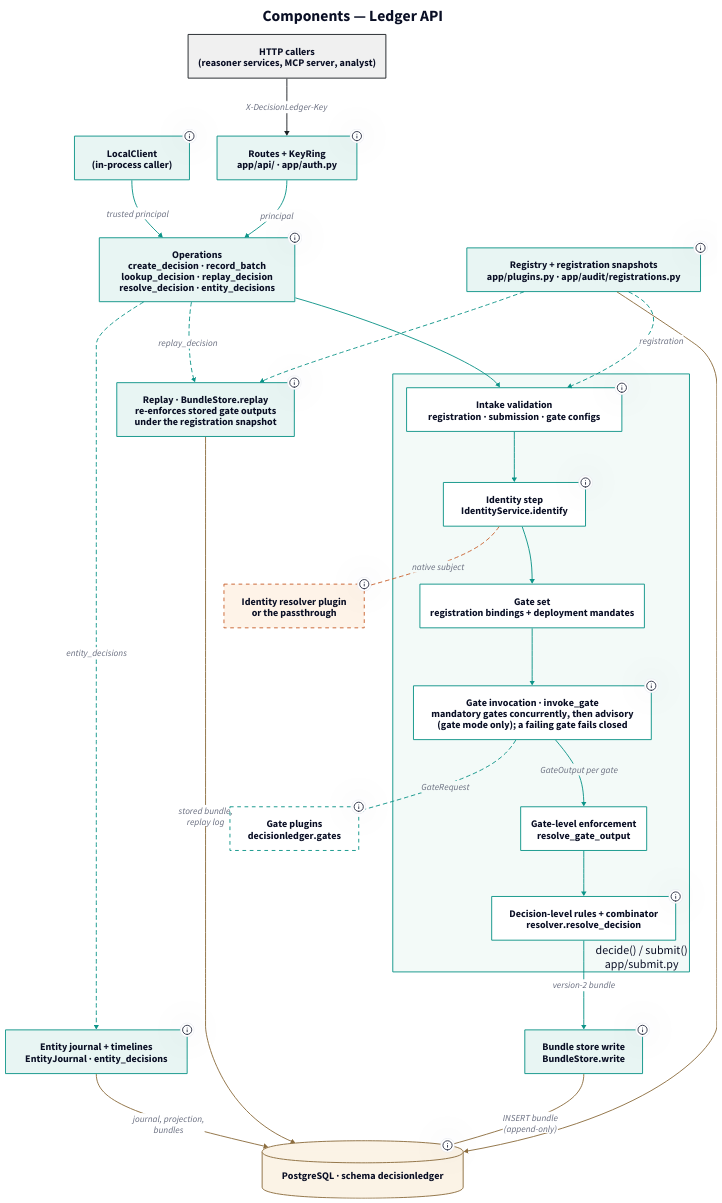
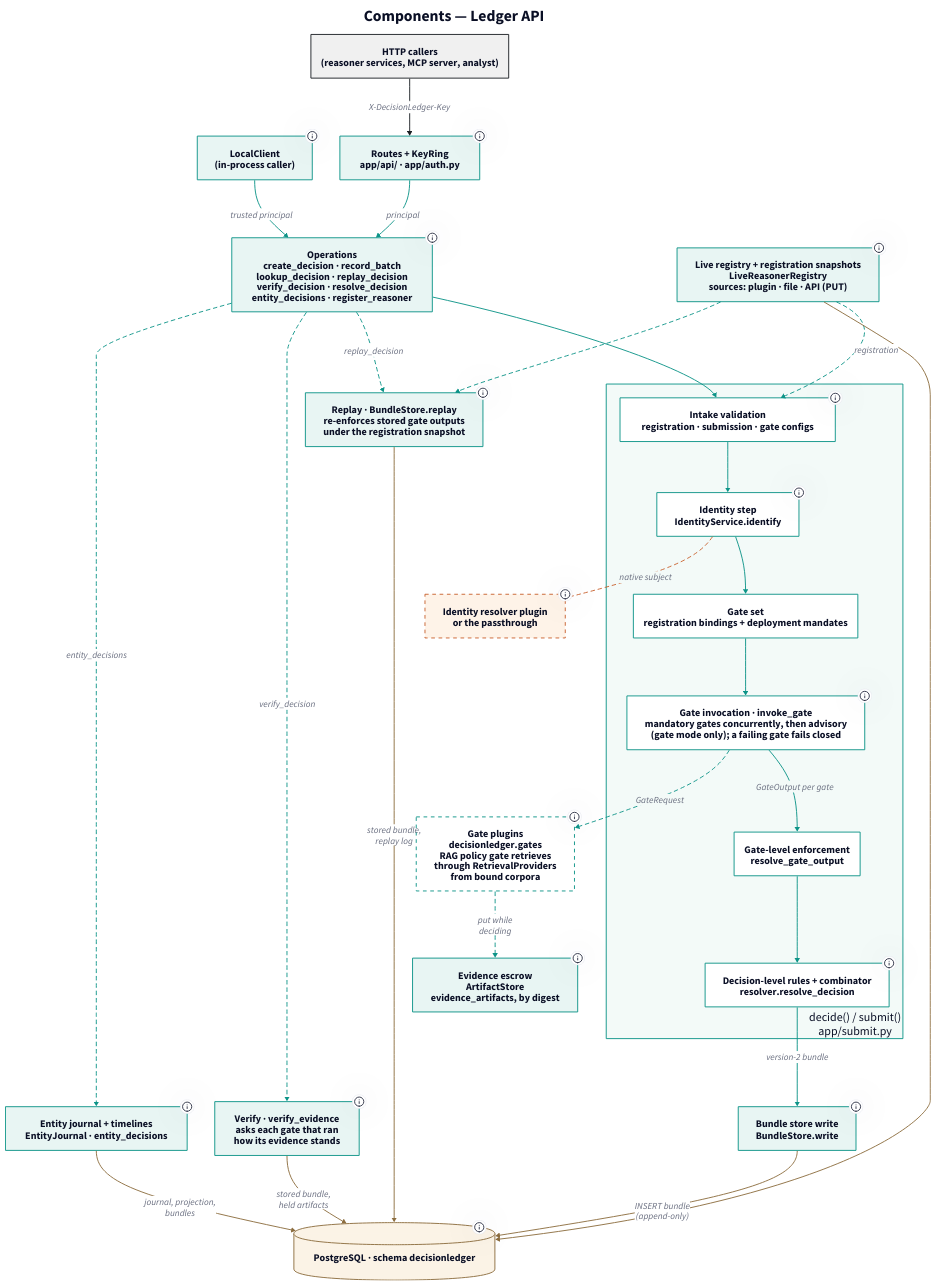
The diagram in docs/design/diagrams/components.d2 (charleskelley/decision-ledger), drawn with D2 before and after one commit. The commit also changed 2 other files, not shown here.

Commit message:
docs: the components diagram shows the registration sources and escrow
components.d2: the registry box names the three registration sources
(plugin, file, and API) and the live registry; the operations box gains
verify_decision and register_reasoner; the gate plugins box names the RAG
policy gate's provider seam (it retrieves through RetrievalProviders from
bound corpora), gate code rather than framework; the evidence escrow sits
under the gate plugins that put into it, and verify is a side path beside
replay that reads the stored bundle and the escrow's held artifacts; the
Postgres tooltip lists all eight tables. Rendered with just diagrams; the
canvas is wider (about 2,200px), and the source says so. The architecture
page follows: its alt text describes the diagram, its container paragraph
builds the live registry from the three sources, its component paragraph
adds register_reasoner, its Gate seam row adds binding admission, and its
tree no longer calls every reasoner member a domain.

```diff
--- a/docs/design/diagrams/components.d2
+++ b/docs/design/diagrams/components.d2
@@ -10,17 +10,28 @@
 # intake validation → the identity step → the gate set → gate invocation
 # (mandatory gates concurrently, then advisory ones) → gate-level enforcement
 # → the decision-level rules and the combinator → the bundle store write.
-# Side paths: replay re-enforces a bundle's stored gate outputs under its
-# registration snapshot and logs the outcome to replay_logs; the registry
-# snapshots every registration version; the entity journal and the timeline
-# query serve a subject's decisions.
+# Side paths: the live registry serves the registrations of three sources
+# (the reasoner plugins, the registration file, and the operator's PUT,
+# which the register_reasoner operation admits and writes) and snapshots
+# every version; replay re-enforces a bundle's stored gate outputs under its
+# registration snapshot and logs the outcome to replay_logs; verify asks
+# each gate that ran how its evidence references stand, beside a check of
+# which artifacts the evidence escrow holds, and decides nothing again; the
+# escrow keeps the content the gates relied on, which they put through the
+# framework's store while they decide (each gate plugin receives the store
+# when it is built); the entity journal and the timeline query serve a
+# subject's decisions.
 # Teal components are framework code; dashed ones are plugins the framework
-# loads but does not implement (gate plugins, the identity resolver).
+# loads but does not implement (gate plugins, the identity resolver). The
+# gate plugins box also names the RAG policy gate's provider seam, the
+# gate's own code, which the framework never sees: the gate retrieves
+# through a RetrievalProvider from each corpus a reasoner's binding names.
 #
 # Render:  d2 --theme 0 components.d2 ../../assets/diagrams/components.svg
 #          (uses dagre — see justfile for the special-case)
 # Ref:     docs/design/architecture.md, docs/design/pipeline.md,
-#          docs/design/identity.md
+#          docs/design/identity.md, docs/design/registration.md,
+#          docs/design/gates/policy/providers.md
 ###############################################################################
 
 title: Components — Ledger API {
@@ -37,15 +48,17 @@
 #   Framework        fill #e8f5f3 / stroke #0d9488  (teal)
 #   Decision steps   fill #ffffff / stroke #0d9488  (teal outline, in the
 #                    decide/submit container)
-#   Gate plugin      fill #ffffff / stroke #0d9488, dashed
+#   Gate plugin      fill #ffffff / stroke #0d9488, dashed  (its label also
+#                    names the RAG policy gate's provider seam, gate code)
 #   Identity         fill #fef3e8 / stroke #c9622e, dashed  (burnt orange:
 #                    the enterprise's resolver plugin or the passthrough)
 #   Datastore        fill #fbf3e6 / stroke #8c6d3f  (ochre)
 #   Caller           fill #f0f0f0 / stroke #1c2024  (neutral)
 ###############################################################################
 
-# Node text 22px and edge text 20px keep the labels legible at the docs
-# column width
+# Node text 22px and edge text 20px. The canvas (about 2,200px since the
+# registry's sources, verify, and the escrow joined it) is wider than the
+# docs column, which scales it down: open the SVG to read it at full size
 classes: {
   caller: {style: {fill: "#f0f0f0"; stroke: "#1c2024"; stroke-width: 2; font-size: 22}}
   framework: {style: {fill: "#e8f5f3"; stroke: "#0d9488"; stroke-width: 2; font-size: 22}}
@@ -57,6 +70,7 @@
   flow: {style: {stroke: "#0d9488"; stroke-width: 2; font-size: 20}}
   side: {style: {stroke: "#0d9488"; stroke-dash: 4; font-size: 20}}
   to-plugin: {style: {stroke: "#0d9488"; stroke-dash: 4; font-size: 20}}
+  from-plugin: {style: {stroke: "#0d9488"; stroke-dash: 4; font-size: 20}}
   to-identity: {style: {stroke: "#c9622e"; stroke-dash: 4; font-size: 20}}
   to-store: {style: {stroke: "#8c6d3f"; font-size: 20}}
   from-caller: {style: {stroke: "#1c2024"; font-size: 20}}
@@ -80,9 +94,9 @@
   tooltip: "GET /health and the /api/v1 routes. KeyRing maps X-DecisionLedger-Key to a principal: a reasoner (bound to its reasoner_id) or the operator. Errors are RFC 9457 problem documents with a stable code (app/api/errors.py)."
 }
 
-ops: "Operations\ncreate_decision · record_batch\nlookup_decision · replay_decision\nresolve_decision · entity_decisions" {
+ops: "Operations\ncreate_decision · record_batch\nlookup_decision · replay_decision\nverify_decision · resolve_decision\nentity_decisions · register_reasoner" {
   class: framework
-  tooltip: "app/api/decisions.py and app/api/entities.py: the functions the routes and LocalClient both call."
+  tooltip: "app/api/decisions.py, entities.py, and registrations.py, with the read-only gates.py and identity.py: the functions the routes and LocalClient both call. resolve_decision and register_reasoner are operator acts."
 }
 
 ###############################################################################
@@ -139,23 +153,33 @@
   tooltip: "decisionledger.identity_resolvers entry point named by DECISIONLEDGER_IDENTITY_RESOLVER (app/identity/resolvers.py); the passthrough (app/identity/passthrough.py) when none is configured."
 }
 
-gates: "Gate plugins\ndecisionledger.gates" {
+gates: "Gate plugins\ndecisionledger.gates\nRAG policy gate retrieves\nthrough RetrievalProviders\nfrom bound corpora" {
   class: plugin
-  tooltip: "Composed by app/gates.py. Each gate's evaluate(GateRequest) returns a GateOutput; the ledger enforces it."
+  tooltip: "Composed by app/gates.py: each plugin's build gets the framework services, the bundle store's evidence escrow among them. A gate admits each binding to it (binding_config_model, BindingValidator) at startup and when a registration is written; its evaluate(GateRequest) returns a GateOutput, which the ledger enforces; a gate that is an EvidenceVerifier answers verify. The reference gates are the rules gate and the RAG policy gate. The RAG policy gate's provider seam is its own code, which the framework never sees (policy_rag_gate/providers/, DR-34): a reasoner's binding names the corpora the gate reads for it (PolicyBindingConfig: corpus id, provider, authority tier), and the gate queries each through the RetrievalProvider that holds it (the gate's own policy_rag_gate.providers entry-point group), ranks within a corpus only, never fuses scores across corpora, and holds every answer to the evidence contract. The reference provider is pgvector + Elasticsearch + the cross-encoder reranker over the corpora the corpus loader loads."
 }
 
 ###############################################################################
 # Side paths
 ###############################################################################
 
-registry: "Registry + registration snapshots\napp/plugins.py · app/audit/registrations.py" {
+registry: "Live registry + registration snapshots\nLiveReasonerRegistry\nsources: plugin · file · API (PUT)" {
   class: framework
-  tooltip: "The plugins' registrations plus the registration file's (DECISIONLEDGER_REGISTRATIONS). Each version is snapshotted to reasoner_registrations before the first decision; intake validates against the current version, replay against the bundle's registration_version."
+  tooltip: "app/reasoner_registry.py (LiveReasonerRegistry), composed at startup by app/plugins.py:build_registry from three sources: the reasoner plugins (decisionledger.reasoners), the registration file (DECISIONLEDGER_REGISTRATIONS), and PUT /api/v1/reasoners/{reasoner_id} with the operator key (register_reasoner), kept in reasoner_registry and composed again at every start. One source per reasoner: a reasoner_id two sources register refuses startup, and a PUT for a plugin's or the file's reasoner answers 409 REGISTRATION_SOURCE_IMMUTABLE. A PUT is admitted with the startup check and takes effect with the next decision. Each version is snapshotted to reasoner_registrations before it is served (app/audit/registrations.py); intake validates against the current version, replay against the bundle's registration_version."
 }
 
 replay: "Replay · BundleStore.replay\nre-enforces stored gate outputs\nunder the registration snapshot" {
   class: framework
   tooltip: "app/audit/store.py — replay_bundle re-runs gate-level enforcement on each stored GateOutput, re-evaluates the bypass rules, and re-applies the decision-level rules and the combinator; no gate is invoked. BundleStore.replay appends the outcome to replay_logs."
+}
+
+verify: "Verify · verify_evidence\nasks each gate that ran\nhow its evidence stands" {
+  class: framework
+  tooltip: "app/api/decisions.py:verify_decision with app.gates.verify_evidence (DR-34). For each evidence reference of each gate that ran, two independent answers: escrow (present, missing, or none: whether the escrow holds the artifact the reference names) and status (what the gate's EvidenceVerifier answers, checking its own record and, with ?live=true, its source as it is now). A gate that is not composed, does not verify, fails, or answers late or out of contract leaves its references not_verifiable. Nothing is decided again and the bundle is unchanged; replay never asks a gate anything."
+}
+
+escrow: "Evidence escrow\nArtifactStore\nevidence_artifacts, by digest" {
+  class: framework
+  tooltip: "app/audit/artifacts.py (DR-34), the bundle store's (BundleStore.artifacts): the content a gate relied on while deciding, kept once in evidence_artifacts under its SHA-256, which the gate records on its evidence reference (artifact_hash). Each gate plugin's build takes it from the framework services; a gate puts from a worker thread while it evaluates, and a failed put fails the gate closed. Verify reads which artifacts it holds. DECISIONLEDGER_EVIDENCE_ESCROW=off stops writing; nothing deletes a row."
 }
 
 timeline: "Entity journal + timelines\nEntityJournal · entity_decisions" {
@@ -165,7 +189,7 @@
 
 pg: "PostgreSQL · schema decisionledger" {
   class: datastore
-  tooltip: "decision_bundles, replay_logs, decision_resolution_attempts, reasoner_registrations, entity_events, entity_membership (app/audit/sql/02_tables.sql)."
+  tooltip: "decision_bundles, replay_logs, decision_resolution_attempts, reasoner_registrations, reasoner_registry, evidence_artifacts, entity_events, entity_membership (app/audit/sql/02_tables.sql)."
 }
 
 ###############################################################################
@@ -182,6 +206,10 @@
 
 submit.identity -> resolver: "native subject" {class: to-identity}
 submit.invoke -> gates: "GateRequest" {class: to-plugin}
+gates -> escrow: "put while\ndeciding" {class: from-plugin}
+# The escrow's own table is in PostgreSQL (its label names it). An edge to
+# pg would rank the escrow beside the bundle store write, where dagre routes
+# the registry's edge to pg through it, so none is drawn.
 
 registry -> submit.validate: "registration" {class: side}
 registry -> pg: {class: to-store}
@@ -190,5 +218,8 @@
 registry -> replay: {class: side}
 replay -> pg: "stored bundle,\nreplay log" {class: to-store}
 
+ops -> verify: "verify_decision" {class: side}
+verify -> pg: "stored bundle,\nheld artifacts" {class: to-store}
+
 ops -> timeline: "entity_decisions" {class: side}
 timeline -> pg: "journal, projection,\nbundles" {class: to-store}
```
